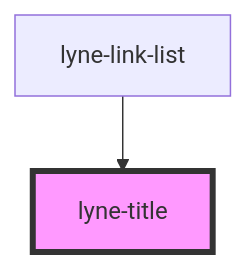
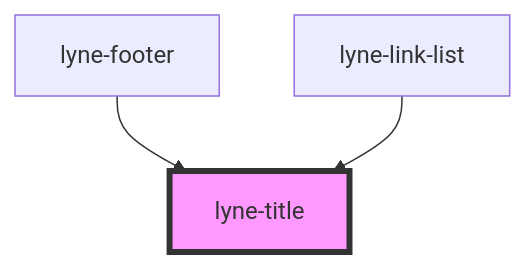
The diagram in src/components/lyne-title/readme.md (sbb-design-systems/lyne-components), drawn with Mermaid before and after one commit. The commit also changed other lines of this file and 1 other file, not shown here.

Commit message:
docs: component dependency update

````diff
--- a/src/components/lyne-title/readme.md
+++ b/src/components/lyne-title/readme.md
@@ -25,5 +26,6 @@
 ```mermaid
 graph TD;
+  lyne-footer --> lyne-title
   lyne-link-list --> lyne-title
   style lyne-title fill:#f9f,stroke:#333,stroke-width:4px
 ```
````
